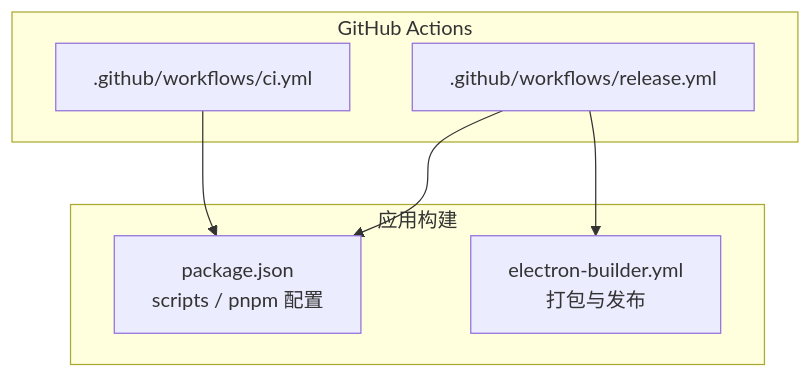
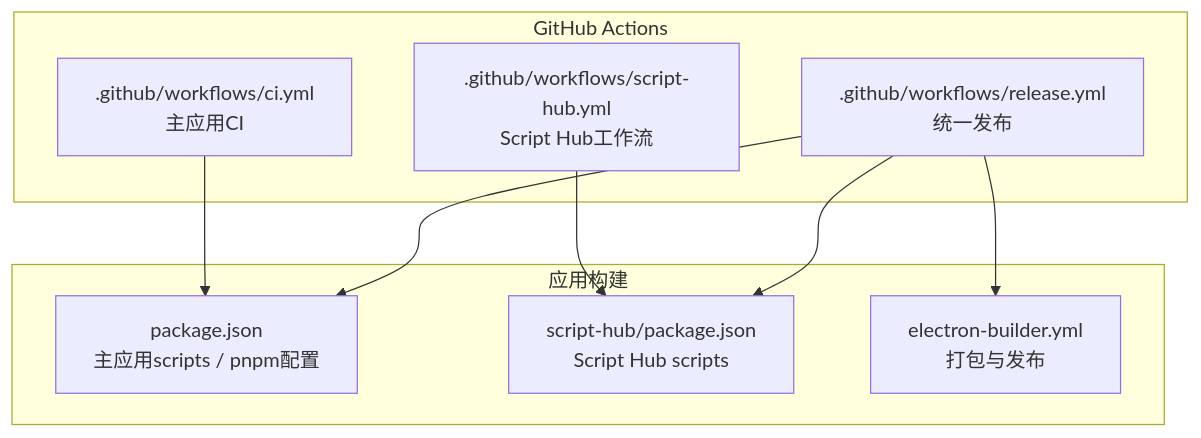
The first of 8 diagrams in .qoder/repowiki/zh/content/构建与部署/CI_CD 流水线.md (hozeeee/script-box), drawn with Mermaid before and after one commit. The commit also changed other lines of this file and 76 other files, not shown here.

````diff
--- a/.qoder/repowiki/zh/content/构建与部署/CI_CD 流水线.md
+++ b/.qoder/repowiki/zh/content/构建与部署/CI_CD 流水线.md
@@ -33,14 +44,18 @@
 ```mermaid
 graph TB
 subgraph "GitHub Actions"
-CI[".github/workflows/ci.yml"]
-REL[".github/workflows/release.yml"]
+CI[".github/workflows/ci.yml<br/>主应用CI"]
+SH[".github/workflows/script-hub.yml<br/>Script Hub工作流"]
+REL[".github/workflows/release.yml<br/>统一发布"]
 end
 subgraph "应用构建"
-PKG["package.json<br/>scripts / pnpm 配置"]
+PKG["package.json<br/>主应用scripts / pnpm配置"]
+SHPKG["script-hub/package.json<br/>Script Hub scripts"]
 EB["electron-builder.yml<br/>打包与发布"]
 end
 CI --> PKG
+SH --> SHPKG
 REL --> PKG
 REL --> EB
+REL --> SHPKG
 ```
````
